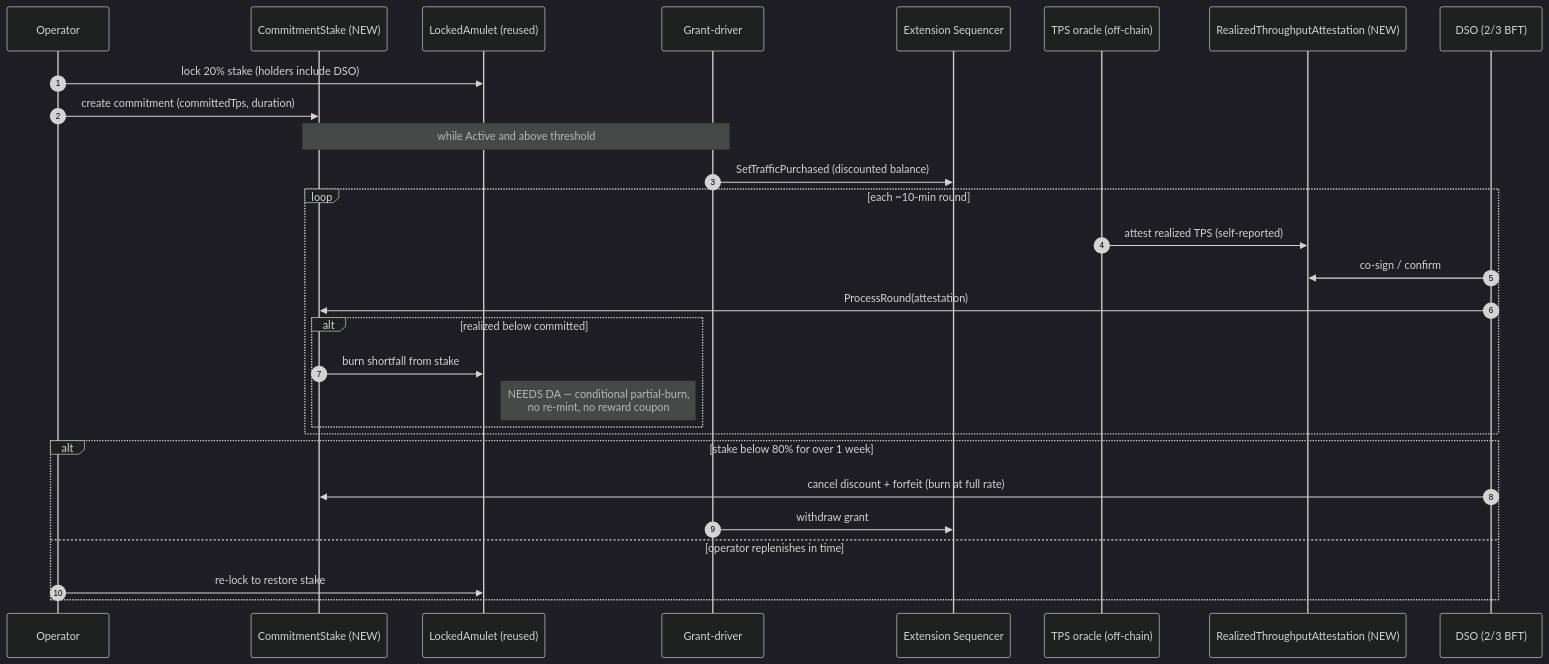
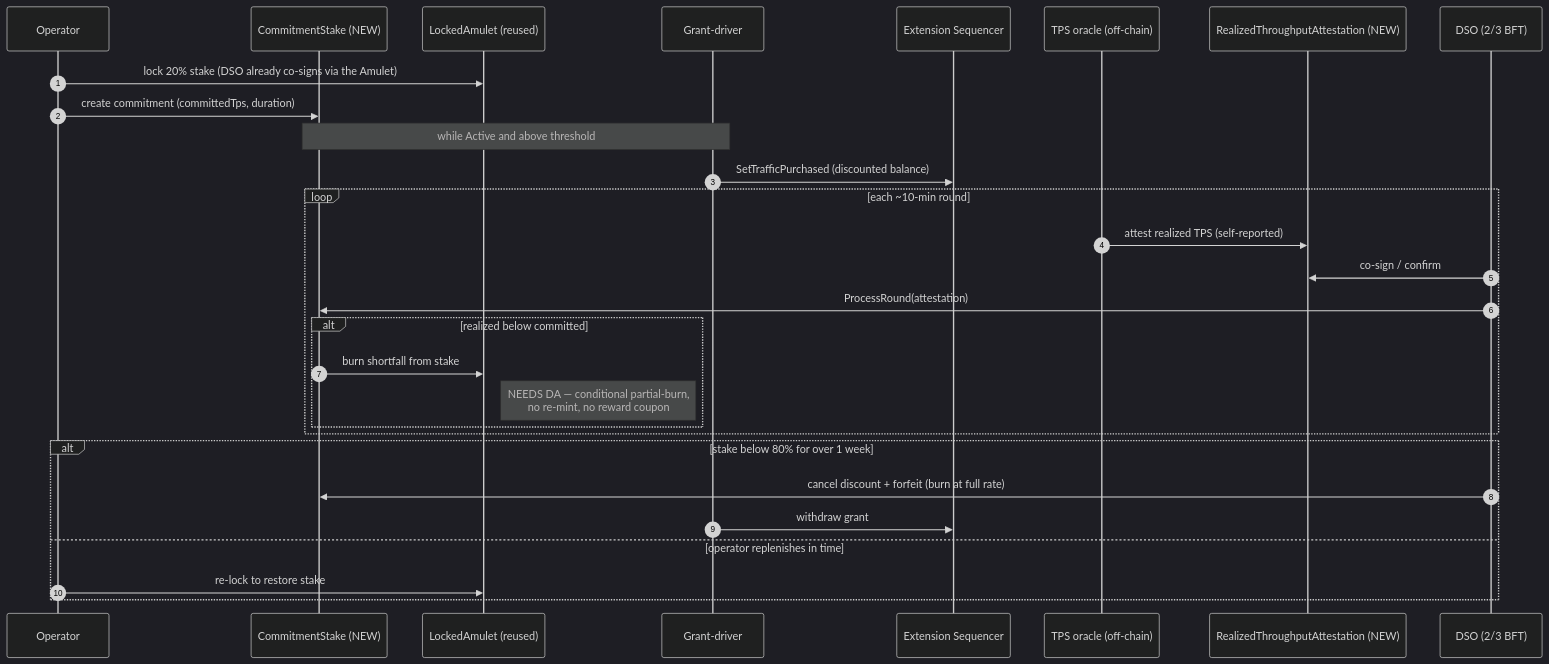
Before and after one commit to ChainSafe/canton-extending-mainnet: the fourth of 5 diagrams in internal/CIP_EXTENDING_MAINNET_TECHNICAL_PLAN.md, drawn with Mermaid (dark theme). The commit also changed other lines of this file and 2 other files, not shown here.

First line of the commit message:
internal docs: correct splitAndBurn reward-coupon behavior; align staking diagrams

````diff
--- a/internal/CIP_EXTENDING_MAINNET_TECHNICAL_PLAN.md
+++ b/internal/CIP_EXTENDING_MAINNET_TECHNICAL_PLAN.md
@@ -334,32 +335,32 @@
 ```mermaid
 sequenceDiagram
   autonumber
   participant OP as Operator
   participant CS as CommitmentStake (NEW)
   participant LOCK as LockedAmulet (reused)
   participant GD as Grant-driver
   participant SEQ as Extension Sequencer
   participant ORA as TPS oracle (off-chain)
   participant RTA as RealizedThroughputAttestation (NEW)
   participant DSO as DSO (2/3 BFT)
 
-  OP->>LOCK: lock 20% stake (holders include DSO)
+  OP->>LOCK: lock 20% stake (DSO already co-signs via the Amulet)
   OP->>CS: create commitment (committedTps, duration)
   Note over CS,GD: while Active and above threshold
   GD->>SEQ: SetTrafficPurchased (discounted balance)
   loop each ~10-min round
     ORA->>RTA: attest realized TPS (self-reported)
     DSO->>RTA: co-sign / confirm
     DSO->>CS: ProcessRound(attestation)
     alt realized below committed
       CS->>LOCK: burn shortfall from stake
       Note right of LOCK: NEEDS DA — conditional partial-burn,<br/>no re-mint, no reward coupon
     end
   end
   alt stake below 80% for over 1 week
     DSO->>CS: cancel discount + forfeit (burn at full rate)
     GD->>SEQ: withdraw grant
   else operator replenishes in time
     OP->>LOCK: re-lock to restore stake
   end
 ```
````
